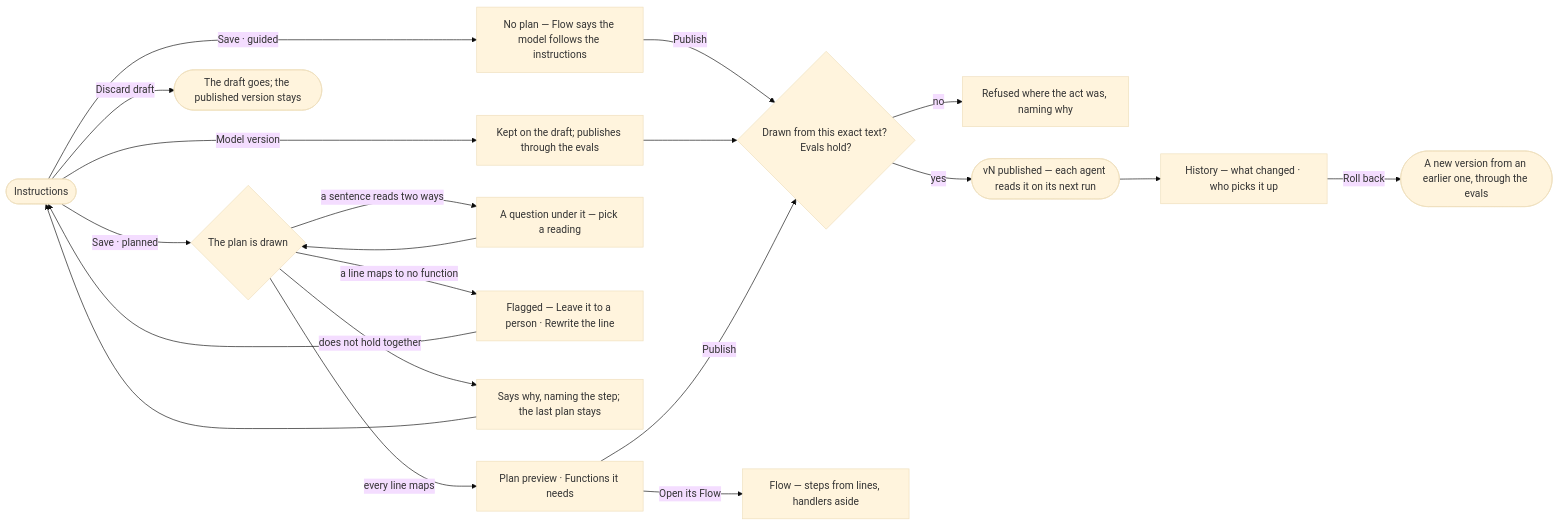
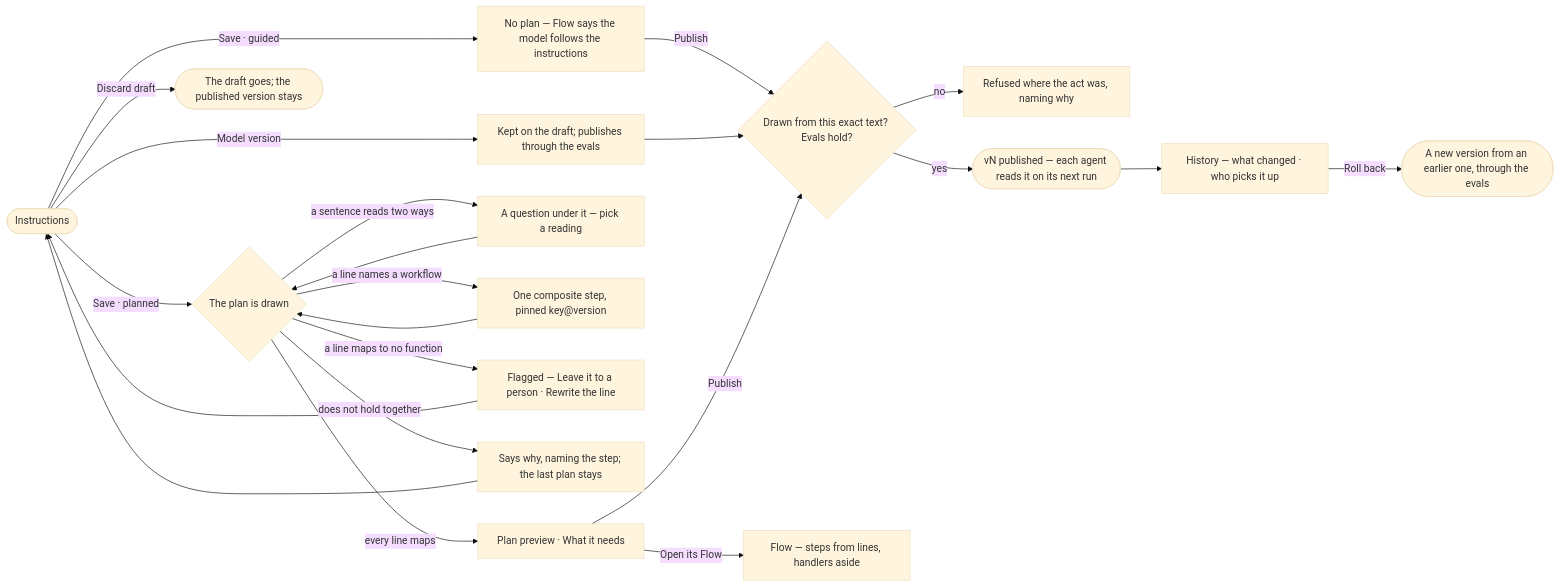
The diagram in specs/capabilities/agents/features/AG-F04-skills/stories/AG-19-write-a-skill-as-a-document-and-see-the-plan-it-becomes/story.md (invana/invana), drawn with Mermaid (base theme) before and after one commit. The commit also changed other lines of this file and 522 other files, not shown here.

````diff
--- a/specs/capabilities/agents/features/AG-F04-skills/stories/AG-19-write-a-skill-as-a-document-and-see-the-plan-it-becomes/story.md
+++ b/specs/capabilities/agents/features/AG-F04-skills/stories/AG-19-write-a-skill-as-a-document-and-see-the-plan-it-becomes/story.md
@@ -27,22 +28,24 @@
 ```mermaid
 flowchart LR
   e([Instructions]) -->|Save · guided| gd["No plan — Flow says the model follows the instructions"]
   gd -->|Publish| g
   e -->|Save · planned| d{"The plan is drawn"}
   e -->|Discard draft| dd(["The draft goes; the published version stays"])
   e -->|Model version| mv["Kept on the draft; publishes through the evals"]
   mv --> g
   d -->|a sentence reads two ways| q["A question under it — pick a reading"]
   q --> d
+  d -->|a line names a workflow| w["One composite step, pinned key@version"]
+  w --> d
   d -->|a line maps to no function| u["Flagged — Leave it to a person · Rewrite the line"]
   u --> e
   d -->|does not hold together| h["Says why, naming the step; the last plan stays"]
   h --> e
-  d -->|every line maps| p["Plan preview · Functions it needs"]
+  d -->|every line maps| p["Plan preview · What it needs"]
   p -->|Open its Flow| f["Flow — steps from lines, handlers aside"]
   p -->|Publish| g{"Drawn from this exact text? Evals hold?"}
   g -->|no| gx["Refused where the act was, naming why"]
   g -->|yes| v(["vN published — each agent reads it on its next run"])
   v --> hi["History — what changed · who picks it up"]
   hi -->|Roll back| rb(["A new version from an earlier one, through the evals"])
 ```
````
